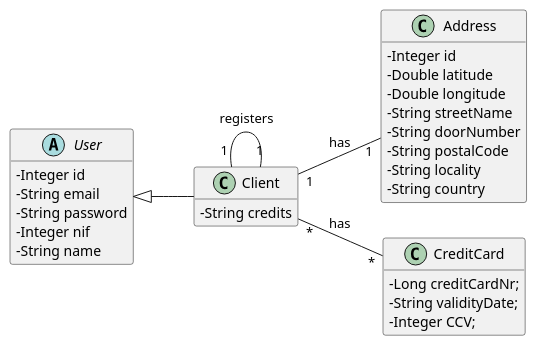
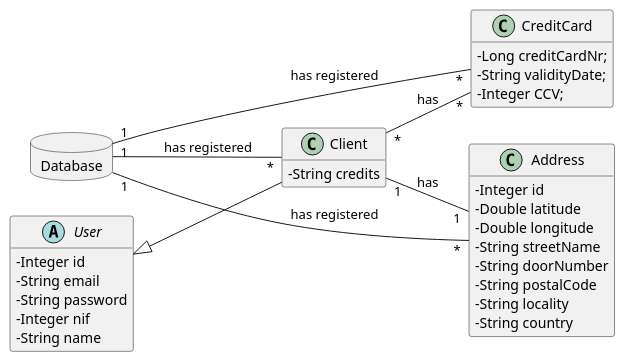
The diagram in docs/Iteration 2/User Management/Refinement/US18_RegisterClient/US18_DM.puml (tiagoavcosta25/LAPR3), drawn with PlantUML before and after one commit. The commit also changed 4 other files, not shown here.

```diff
--- a/docs/Iteration 2/User Management/Refinement/US18_RegisterClient/US18_DM.puml
+++ b/docs/Iteration 2/User Management/Refinement/US18_RegisterClient/US18_DM.puml
@@ -1,45 +1,51 @@
 @startuml
 skinparam classAttributeIconSize 0
 hide methods
 left to right direction
 
 
 
 class Client{
 -String credits
 }
 
 abstract class User{
 -Integer id
 -String email
 -String password
 -Integer nif
 -String name
 }
 
 class Address{
 -Integer id
 -Double latitude
 -Double longitude
 -String streetName
 -String doorNumber
 -String postalCode
 -String locality
 -String country
 }
 
 class CreditCard{
 -Long creditCardNr;
 -String validityDate;
 -Integer CCV;
 +CreditCard(creditCardNr,validityDate,CCV)
 }
 
+database Database {
+
+}
+
+
 class Client extends User
 
-
-Client "1" -- "1" Client : registers
+Database "1" -- "*" Client : has registered
+Database "1" -- "*" Address : has registered
+Database "1" -- "*" CreditCard : has registered
 Client "1" -- "1" Address : has
 Client "*" -- "*" CreditCard : has
 
 @enduml
```
